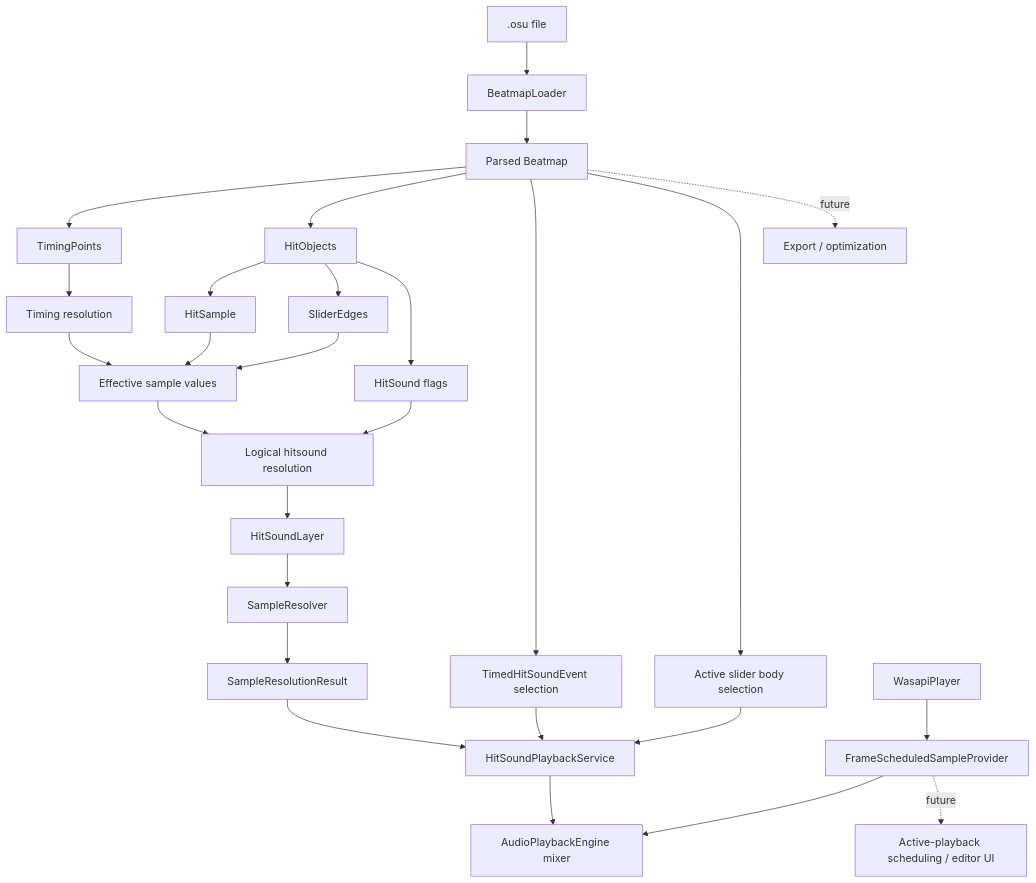
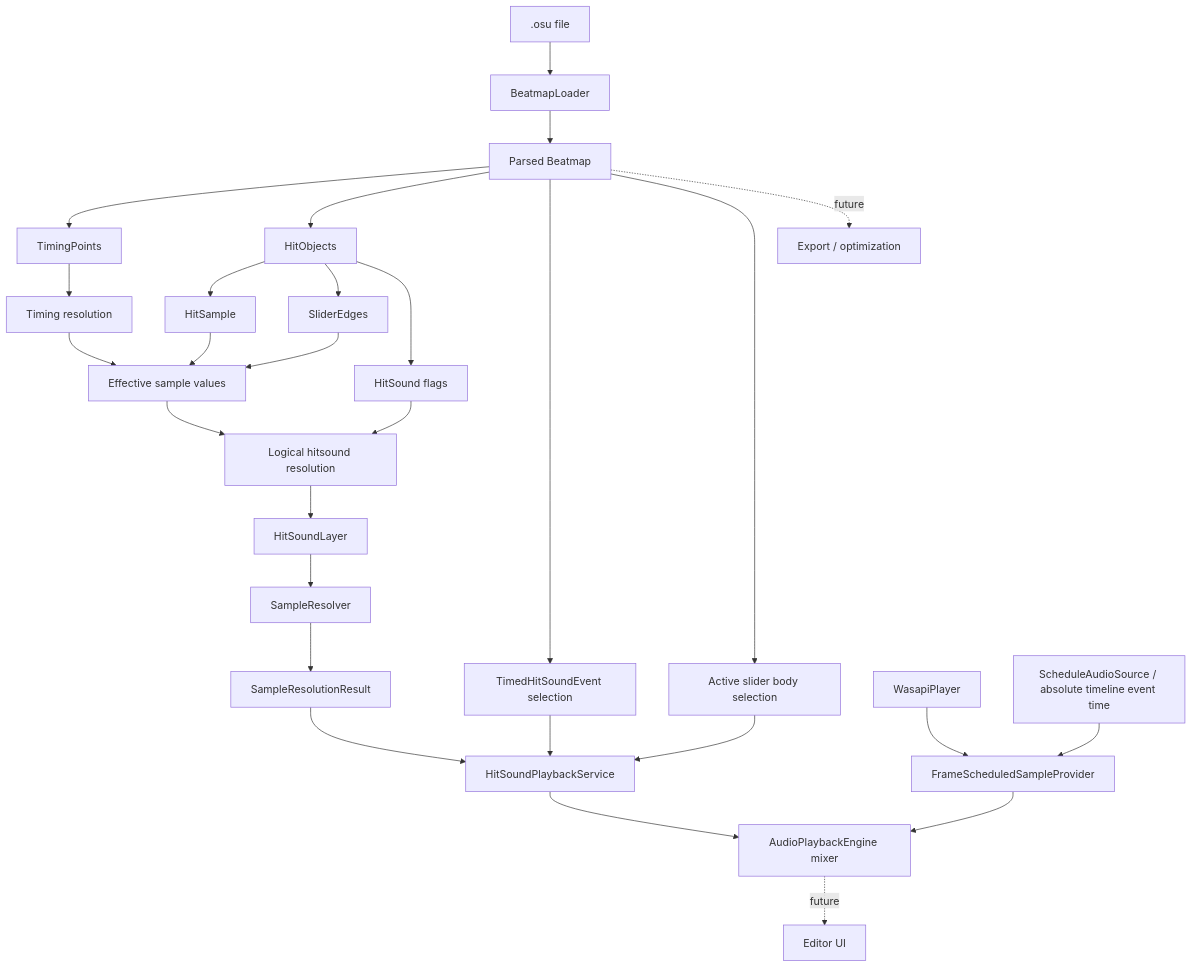
The tenth of 11 diagrams in docs/architecture.md (FAJIFBEFJHA/osu-hitsound-editor), drawn with Mermaid before and after one commit. The commit also changed other lines of this file and 6 other files, not shown here.

Commit message:
feat(audio): integrate absolute-frame hitsound scheduling during playback

````diff
--- a/docs/architecture.md
+++ b/docs/architecture.md
@@ -648,38 +648,39 @@
 ```mermaid
 flowchart TD
 
     A[.osu file] --> B[BeatmapLoader]
     B --> C[Parsed Beatmap]
 
     C --> D[TimingPoints]
     C --> E[HitObjects]
 
     E --> F[HitSample]
     E --> G[SliderEdges]
 
     D --> H[Timing resolution]
 
     F --> I[Effective sample values]
     G --> I
     H --> I
 
     E --> J[HitSound flags]
 
     I --> K[Logical hitsound resolution]
     J --> K
 
     K --> L[HitSoundLayer]
 
     L --> M[SampleResolver]
     M --> N[SampleResolutionResult]
     C --> O[TimedHitSoundEvent selection]
     O --> P[HitSoundPlaybackService]
     C --> T[Active slider body selection]
     T --> P
     N --> P
     P --> Q[AudioPlaybackEngine mixer]
     W[WasapiPlayer] --> V[FrameScheduledSampleProvider]
     V --> Q
-    V -. future .-> R[Active-playback scheduling / editor UI]
+    U[ScheduleAudioSource / absolute timeline event time] --> V
+    Q -. future .-> R[Editor UI]
     C -. future .-> S[Export / optimization]
 ```
````
